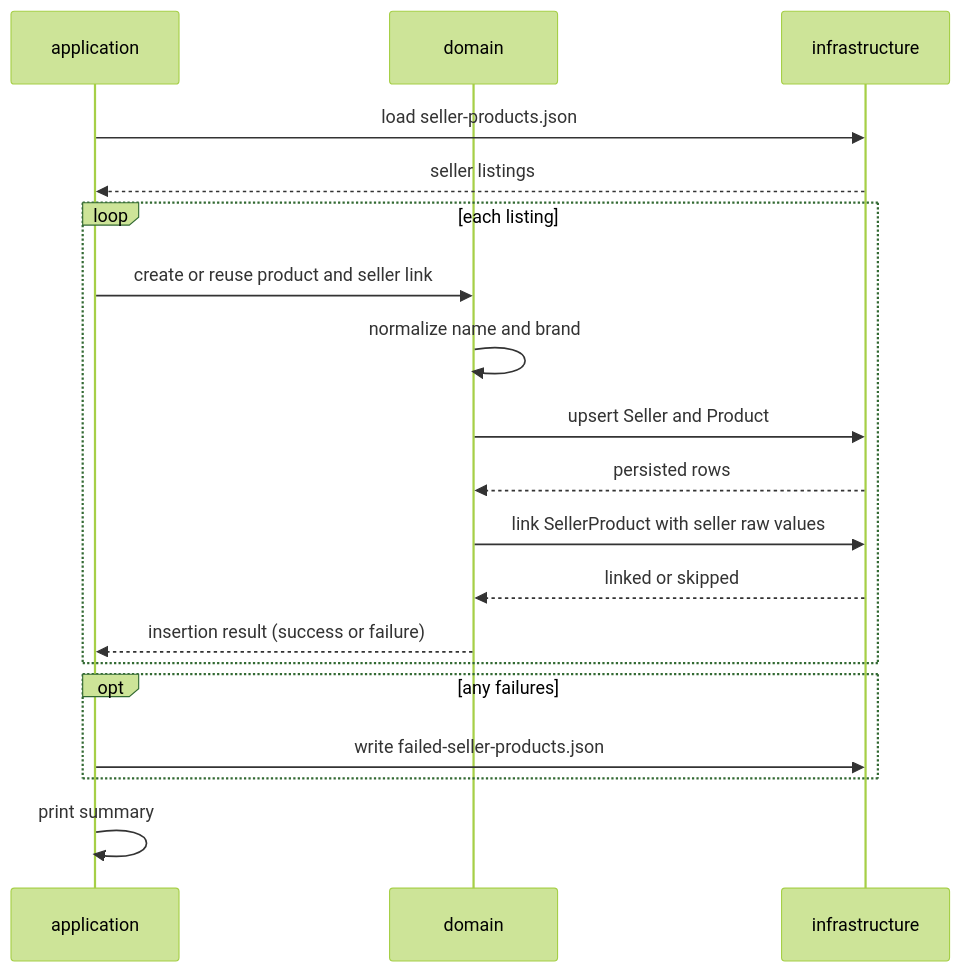
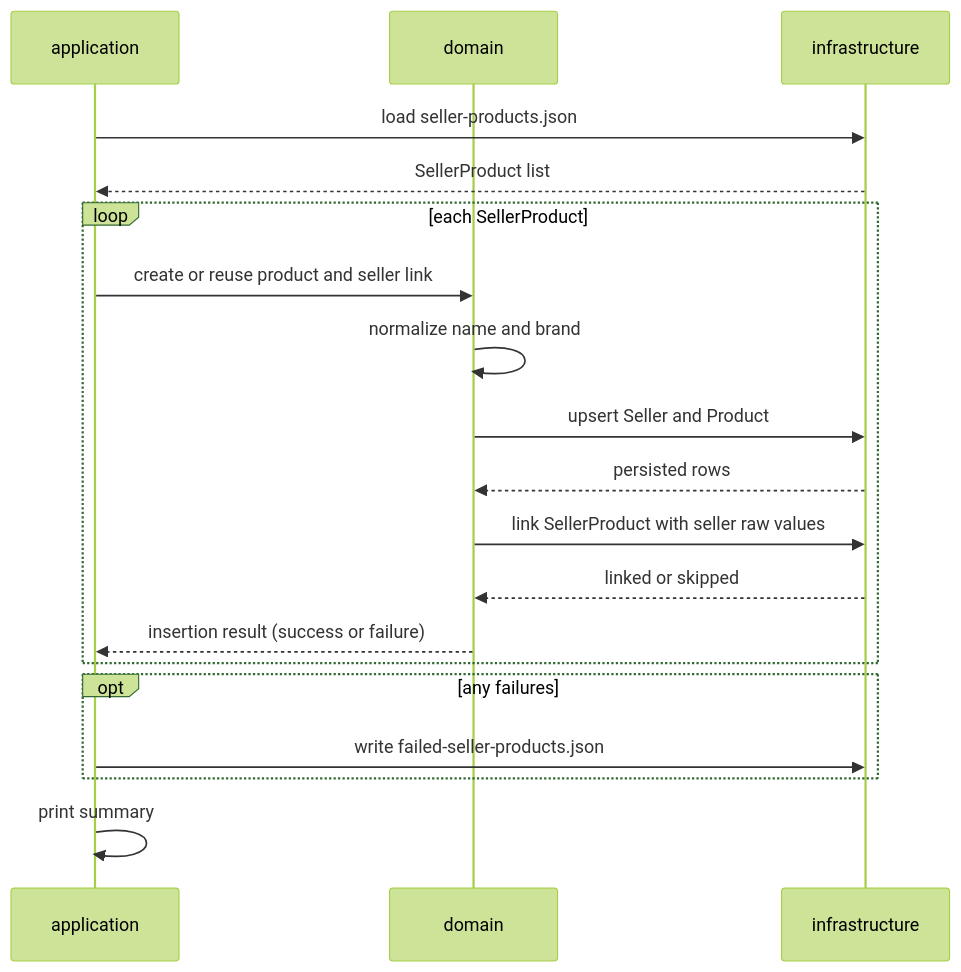
One commit to GabrielJacquier/catalog-system changed the second of 2 diagrams in README.md. Above: the diagram before and after it, drawn with Mermaid (forest theme). The commit also changed other lines of this file, not shown here.

````diff
--- a/README.md
+++ b/README.md
@@ -34,25 +34,25 @@
 ```mermaid
 sequenceDiagram
   participant App as application
   participant Dom as domain
   participant Infra as infrastructure
 
   App->>Infra: load seller-products.json
-  Infra-->>App: seller listings
+  Infra-->>App: SellerProduct list
 
-  loop each listing
+  loop each SellerProduct
     App->>Dom: create or reuse product and seller link
     Dom->>Dom: normalize name and brand
     Dom->>Infra: upsert Seller and Product
     Infra-->>Dom: persisted rows
     Dom->>Infra: link SellerProduct with seller raw values
     Infra-->>Dom: linked or skipped
     Dom-->>App: insertion result (success or failure)
   end
 
   opt any failures
     App->>Infra: write failed-seller-products.json
   end
 
   App->>App: print summary
 ```
````
